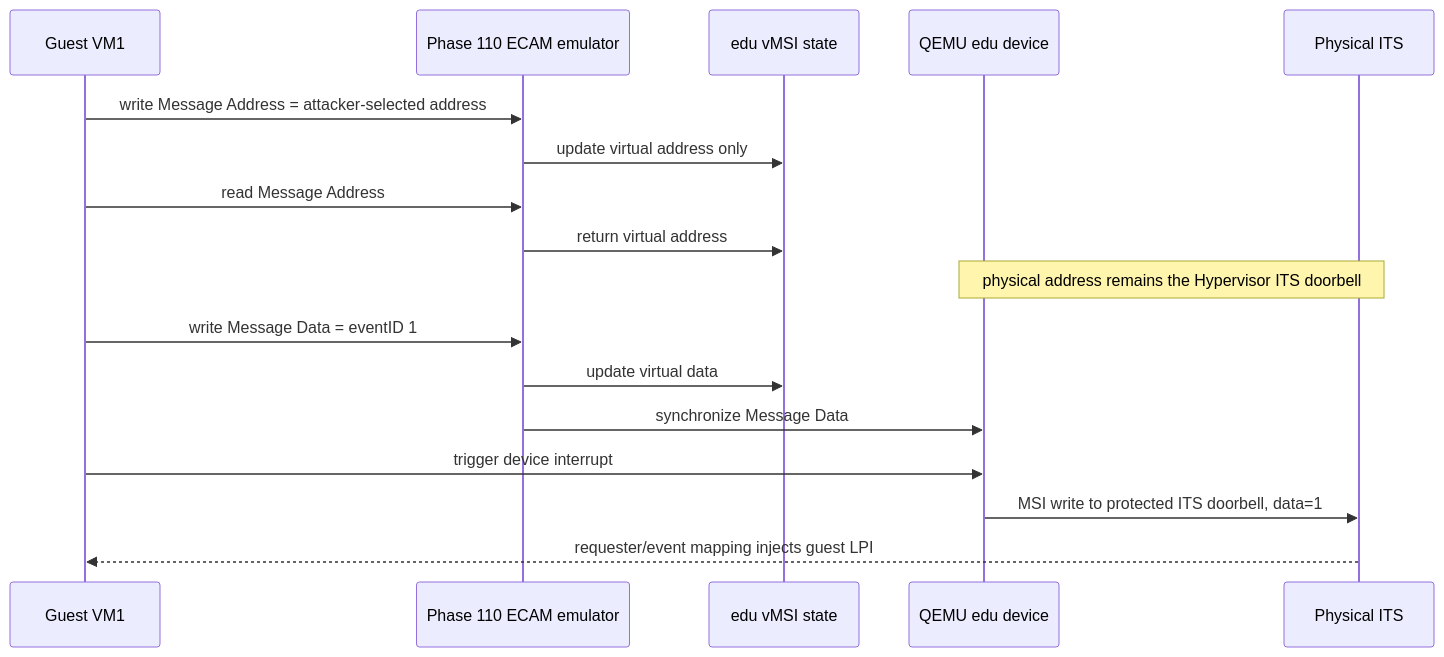
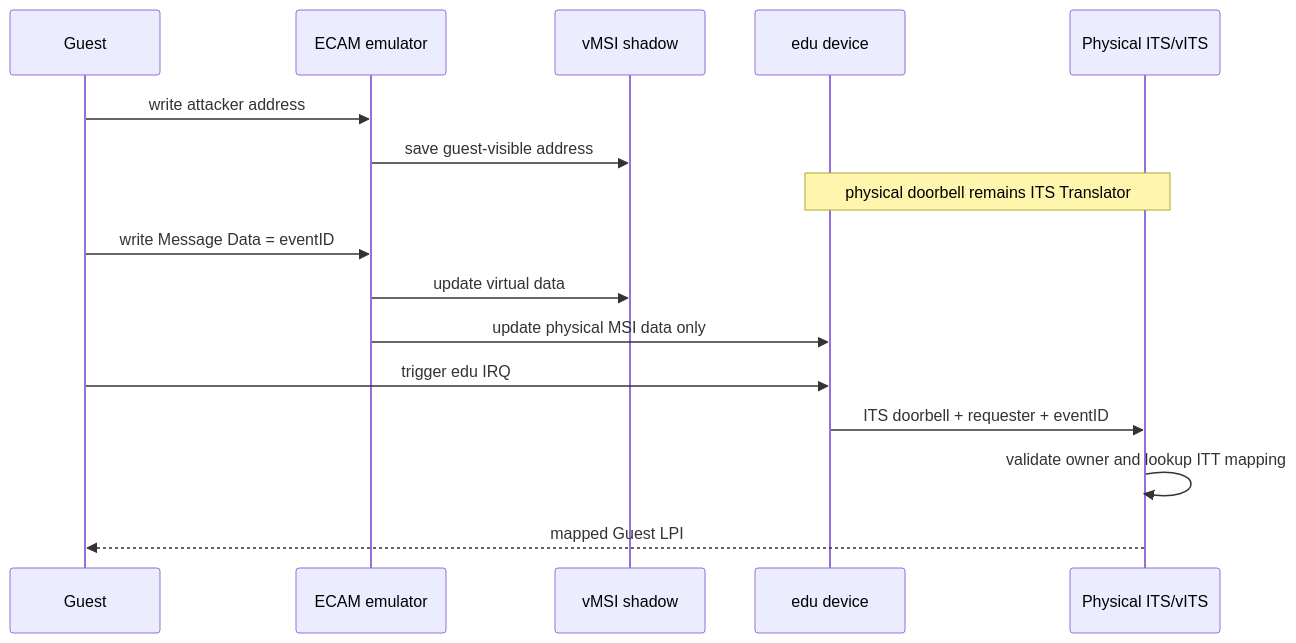
One commit to huangtan203/avisor changed the third of 4 diagrams in docs/Phase111_vMSI与MSI写拦截_详细设计文档.md. Above: the diagram before and after it, drawn with Mermaid. The commit also changed other lines of this file, not shown here.

Commit message:
docs(pci): rebuild Phase 111 vMSI design

````diff
--- a/docs/Phase111_vMSI与MSI写拦截_详细设计文档.md
+++ b/docs/Phase111_vMSI与MSI写拦截_详细设计文档.md
@@ -34,19 +60,18 @@
 ```mermaid
 sequenceDiagram
-    participant VM as Guest VM1
-    participant ECAM as Phase 110 ECAM emulator
-    participant vMSI as edu vMSI state
-    participant Dev as QEMU edu device
-    participant ITS as Physical ITS
-    VM->>ECAM: write Message Address = attacker-selected address
-    ECAM->>vMSI: update virtual address only
-    VM->>ECAM: read Message Address
-    ECAM->>vMSI: return virtual address
-    Note over Dev,ITS: physical address remains the Hypervisor ITS doorbell
-    VM->>ECAM: write Message Data = eventID 1
-    ECAM->>vMSI: update virtual data
-    ECAM->>Dev: synchronize Message Data
-    VM->>Dev: trigger device interrupt
-    Dev->>ITS: MSI write to protected ITS doorbell, data=1
-    ITS-->>VM: requester/event mapping injects guest LPI
+    participant G as Guest
+    participant E as ECAM emulator
+    participant V as vMSI shadow
+    participant D as edu device
+    participant I as Physical ITS/vITS
+    G->>E: write attacker address
+    E->>V: save guest-visible address
+    Note over D,I: physical doorbell remains ITS Translator
+    G->>E: write Message Data = eventID
+    E->>V: update virtual data
+    E->>D: update physical MSI data only
+    G->>D: trigger edu IRQ
+    D->>I: ITS doorbell + requester + eventID
+    I->>I: validate owner and lookup ITT mapping
+    I-->>G: mapped Guest LPI
 ```
````
